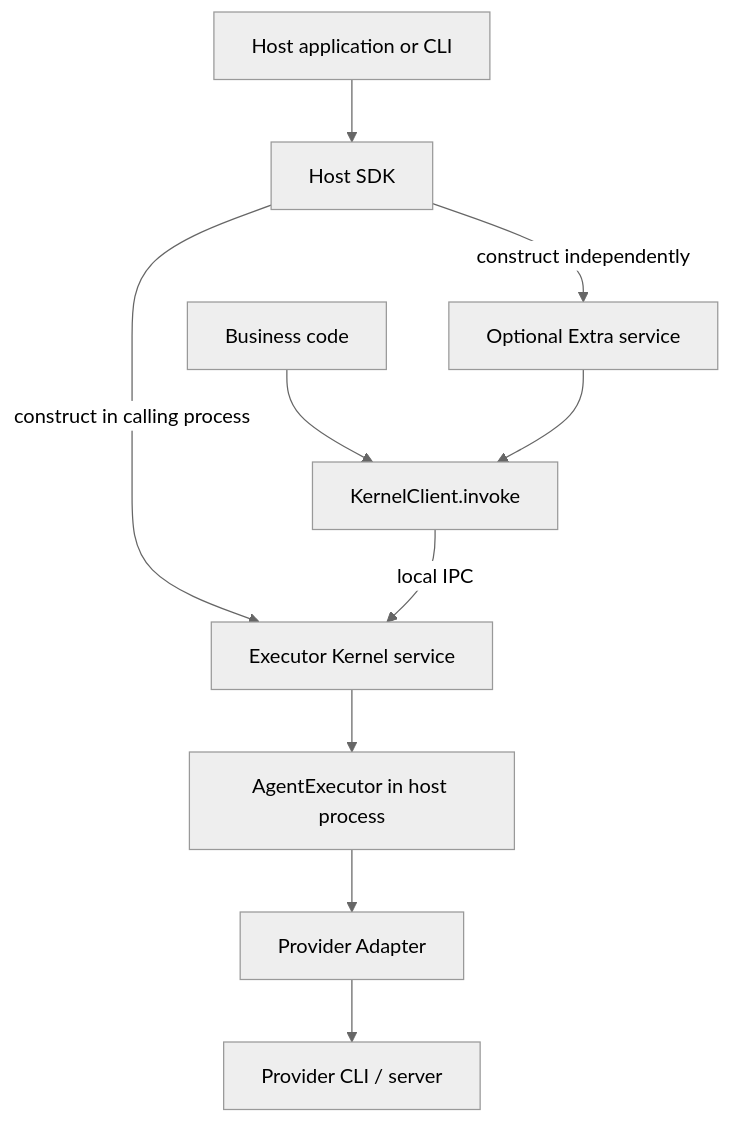
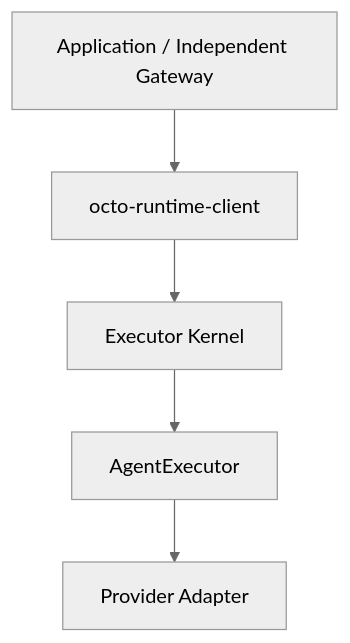
Before and after one commit to Liuxy20/octo-runtime: the diagram in docs/en/concepts/architecture.md, drawn with Mermaid (neutral theme). The commit also changed other lines of this file and 691 other files, not shown here.

````diff
--- a/docs/en/concepts/architecture.md
+++ b/docs/en/concepts/architecture.md
@@ -13,12 +7,7 @@
 ```mermaid
 flowchart TB
-  Host[Host application or CLI] --> SDK[Host SDK]
-  SDK -->|construct in calling process| Kernel[Executor Kernel service]
-  SDK -->|construct independently| Extra[Optional Extra service]
-  Business[Business code] --> Client[KernelClient.invoke]
-  Extra --> Client
-  Client -->|local IPC| Kernel
-  Kernel --> Core[AgentExecutor in host process]
+  App[Application / Independent Gateway] --> Client[octo-runtime-client]
+  Client --> Kernel[Executor Kernel]
+  Kernel --> Core[AgentExecutor]
   Core --> Adapter[Provider Adapter]
-  Adapter --> Provider[Provider CLI / server]
 ```
````
